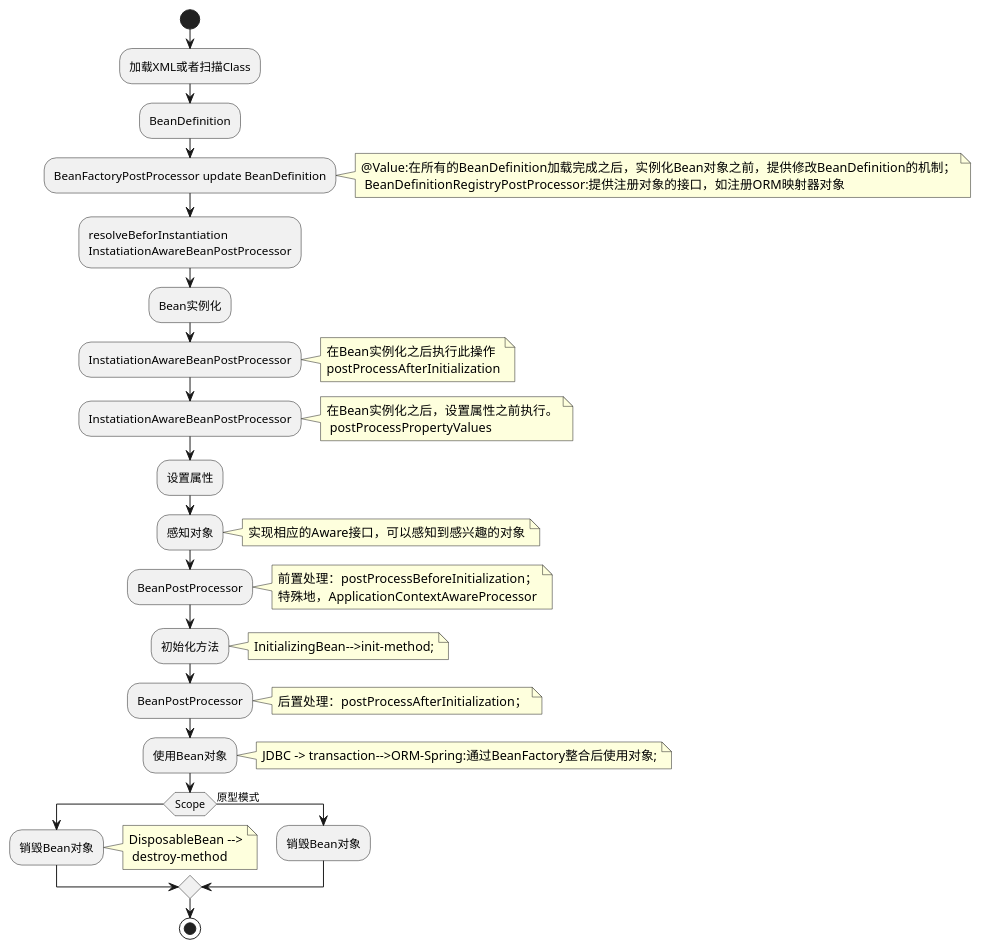
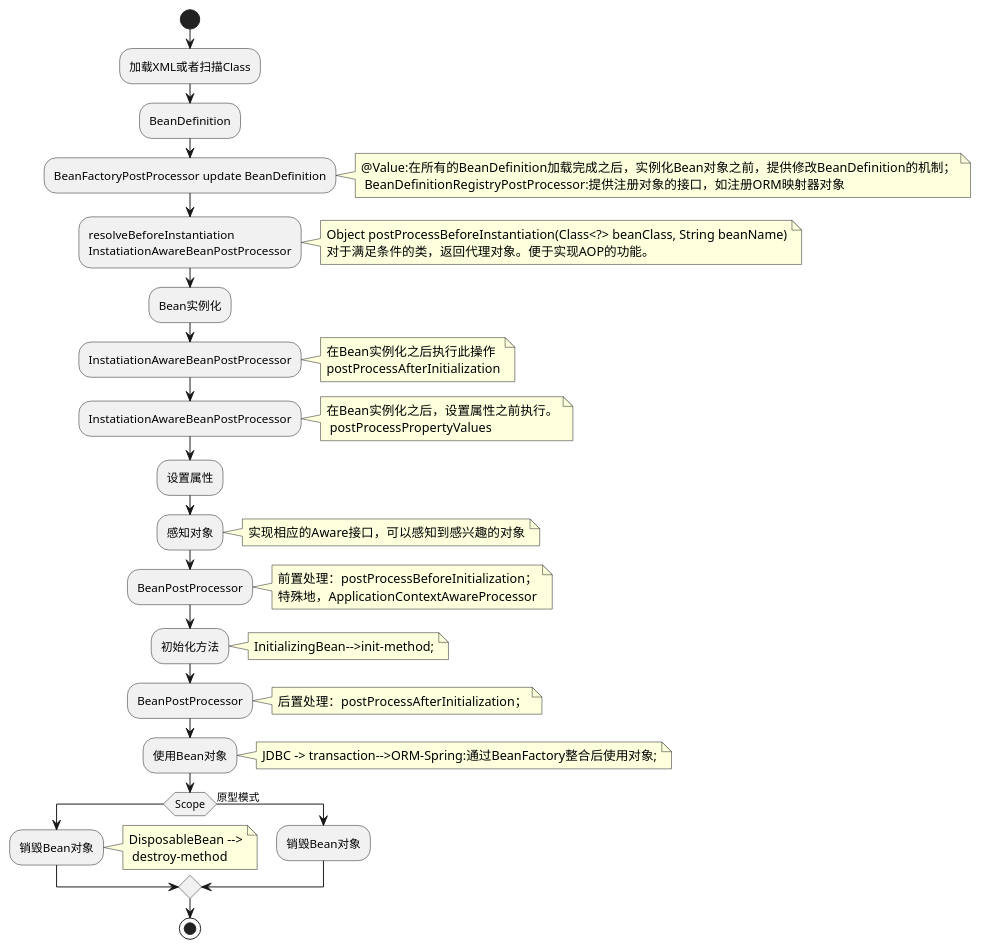
Before and after one commit to kaikai-sk/book-small-spring: the diagram in doc/SpringMap.puml, drawn with PlantUML. The commit also changed 99 other files, not shown here.

```diff
--- a/doc/SpringMap.puml
+++ b/doc/SpringMap.puml
@@ -1,35 +1,41 @@
 @startuml
 'https://plantuml.com/activity-diagram-beta
 
 start
 :加载XML或者扫描Class;
 :BeanDefinition;
 :BeanFactoryPostProcessor update BeanDefinition;
 note right:@Value:在所有的BeanDefinition加载完成之后，实例化Bean对象之前，提供修改BeanDefinition的机制；\n BeanDefinitionRegistryPostProcessor:提供注册对象的接口，如注册ORM映射器对象
-:resolveBeforInstantiation \nInstatiationAwareBeanPostProcessor;
+
+:resolveBeforeInstantiation \nInstatiationAwareBeanPostProcessor;
+note right
+Object postProcessBeforeInstantiation(Class<?> beanClass, String beanName)
+对于满足条件的类，返回代理对象。便于实现AOP的功能。
+end note
+
 :Bean实例化;
 :InstatiationAwareBeanPostProcessor;
 note right:在Bean实例化之后执行此操作\npostProcessAfterInitialization
 :InstatiationAwareBeanPostProcessor;
 note right: 在Bean实例化之后，设置属性之前执行。\n postProcessPropertyValues
 :设置属性;
 :感知对象;
 note right:实现相应的Aware接口，可以感知到感兴趣的对象
 :BeanPostProcessor;
 note right: 前置处理：postProcessBeforeInitialization；\n特殊地，ApplicationContextAwareProcessor
 :初始化方法;
 note right:InitializingBean-->init-method;
 :BeanPostProcessor;
 note right: 后置处理：postProcessAfterInitialization；
 :使用Bean对象;
 note right: JDBC -> transaction-->ORM-Spring:通过BeanFactory整合后使用对象;
 if (Scope) then
   :销毁Bean对象;
   note right:DisposableBean -->\n destroy-method
 else (原型模式)
   :销毁Bean对象;
 endif
 
 stop
 
 @enduml
```
